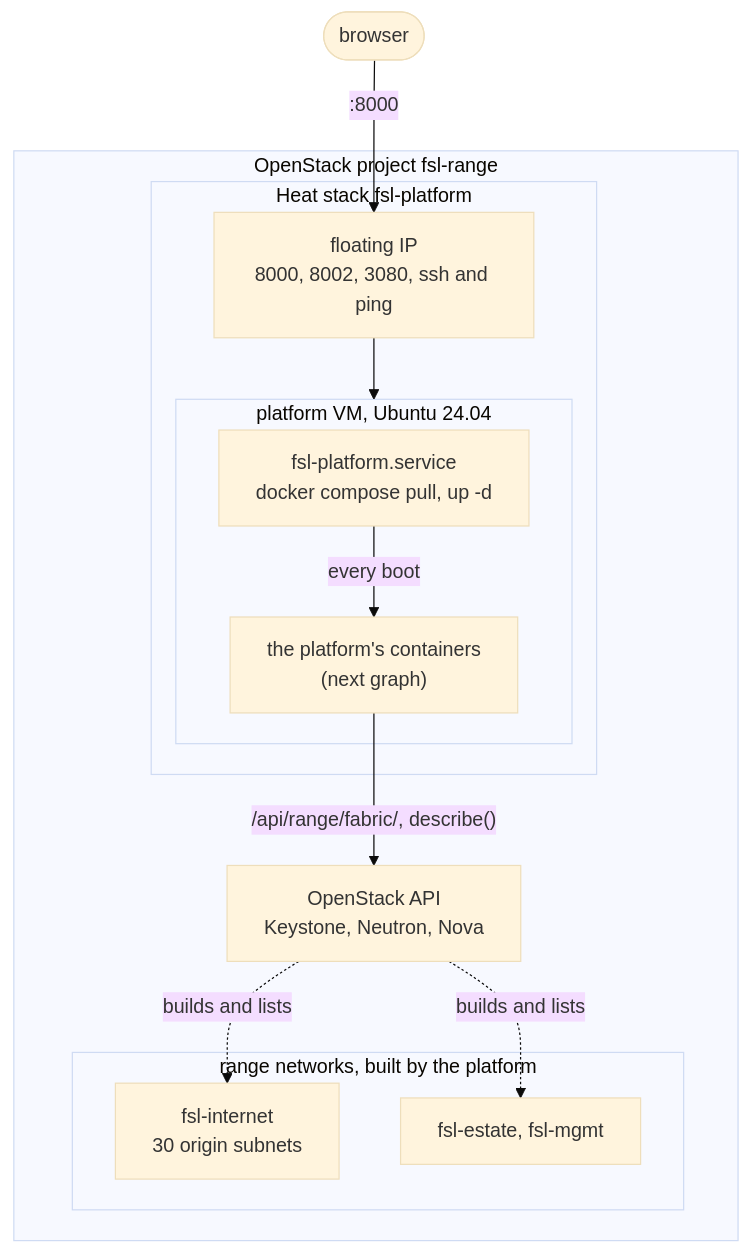
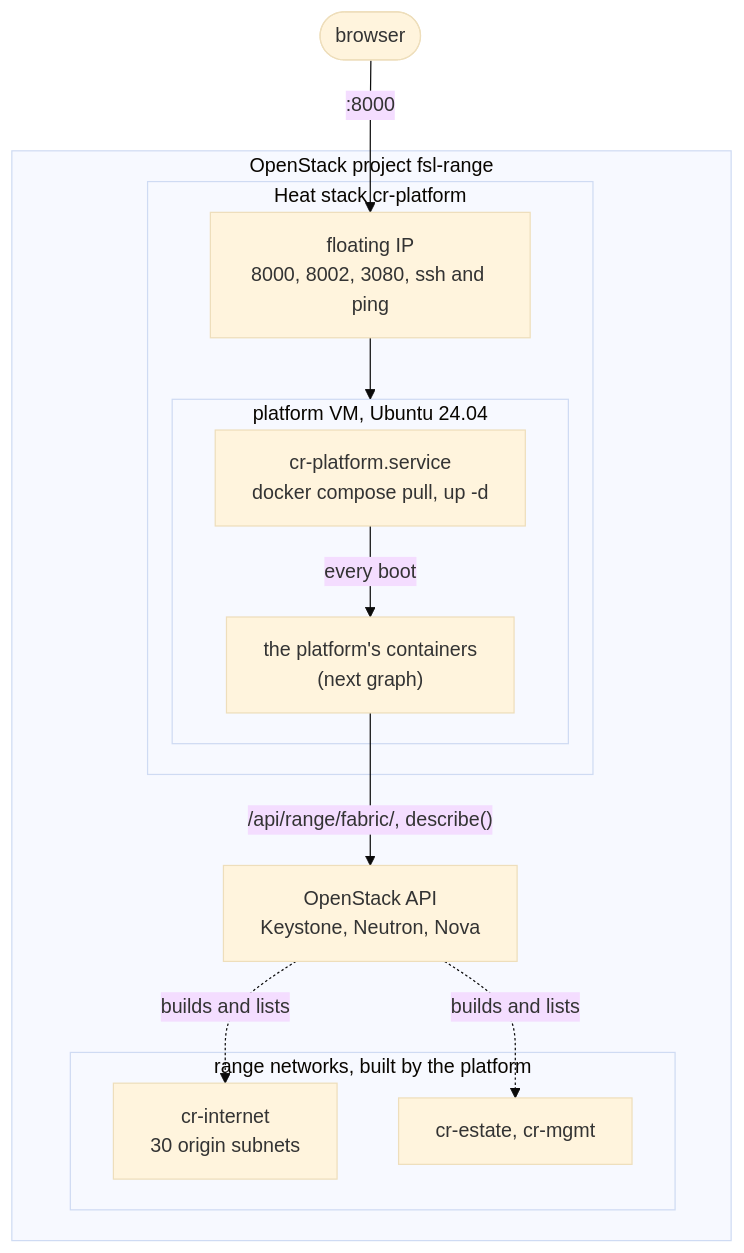
One commit to Nekonic/fsl-project-mvp changed the first of 2 diagrams in README.md. Above: the diagram before and after it, drawn with Mermaid (base theme). The commit also changed other lines of this file and 14 other files, not shown here.

````diff
--- a/README.md
+++ b/README.md
@@ -242,26 +242,26 @@
 ```mermaid
 flowchart TB
   person(["browser"])
 
   subgraph cloud["OpenStack project fsl-range"]
     api["OpenStack API<br/>Keystone, Neutron, Nova"]
-    subgraph heat["Heat stack fsl-platform"]
+    subgraph heat["Heat stack cr-platform"]
       fip["floating IP<br/>8000, 8002, 3080, ssh and ping"]
       subgraph vm["platform VM, Ubuntu 24.04"]
-        unit["fsl-platform.service<br/>docker compose pull, up -d"]
+        unit["cr-platform.service<br/>docker compose pull, up -d"]
         stack["the platform's containers<br/>(next graph)"]
       end
     end
     subgraph fabric_box["range networks, built by the platform"]
-      internet["fsl-internet<br/>30 origin subnets"]
-      inside["fsl-estate, fsl-mgmt"]
+      internet["cr-internet<br/>30 origin subnets"]
+      inside["cr-estate, cr-mgmt"]
     end
   end
 
   person -->|":8000"| fip
   fip --> vm
   unit -->|"every boot"| stack
   stack -->|"/api/range/fabric/, describe()"| api
   api -.->|builds and lists| internet
   api -.->|builds and lists| inside
 ```
````
